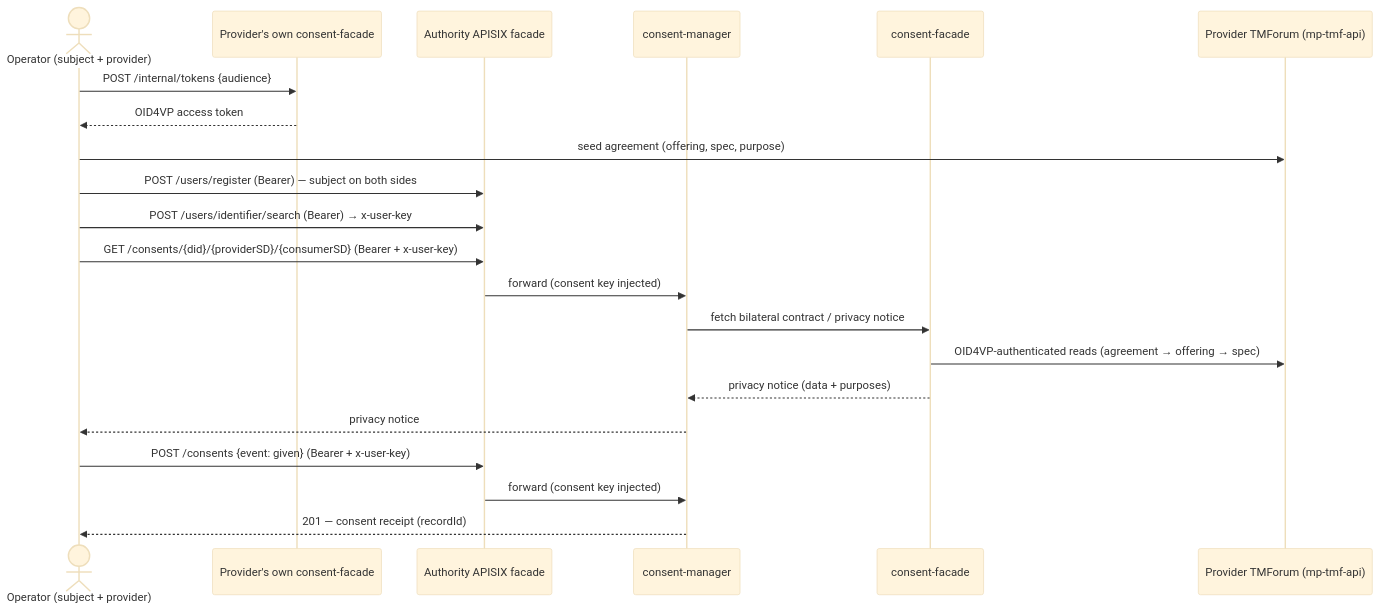
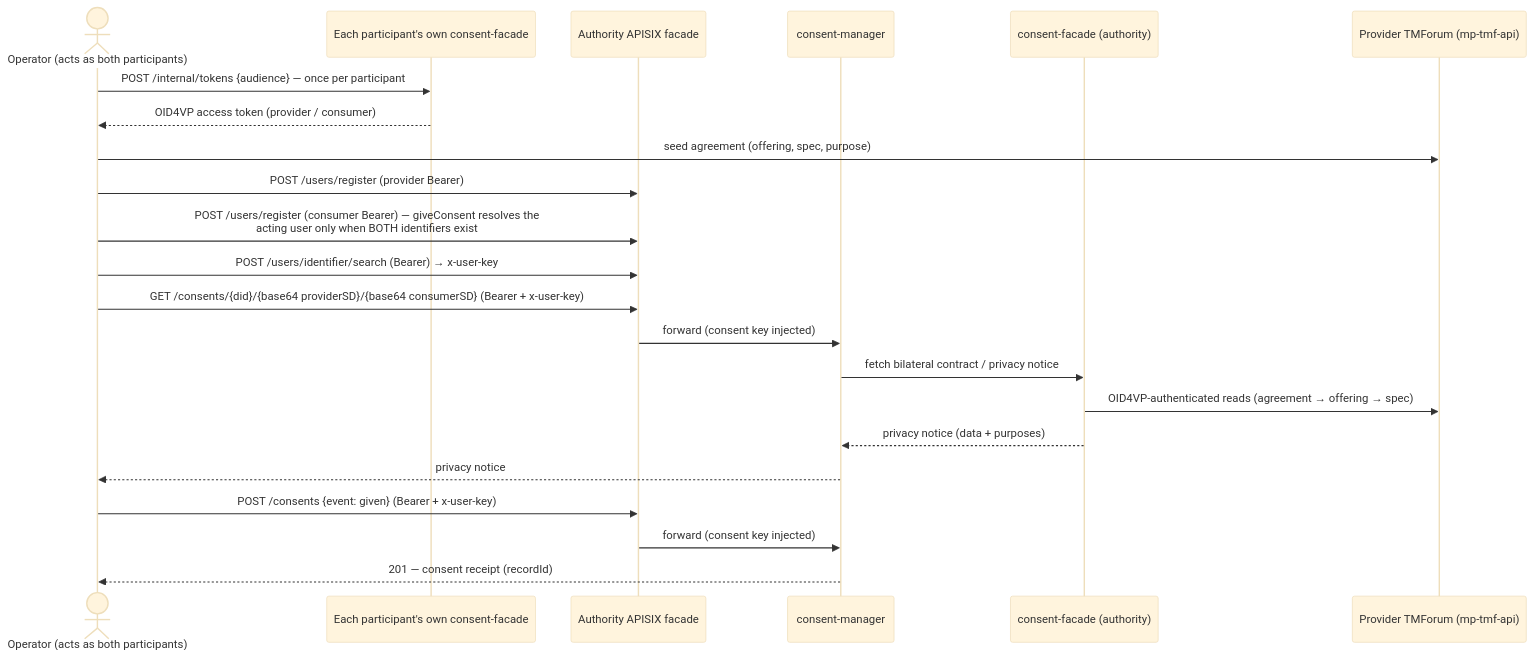
Before and after one commit to FIWARE/data-space-connector: the first of 4 diagrams in doc/CONSENT_MANAGEMENT.md, drawn with Mermaid (base theme). The commit also changed other lines of this file and 6 other files, not shown here.

````diff
--- a/doc/CONSENT_MANAGEMENT.md
+++ b/doc/CONSENT_MANAGEMENT.md
@@ -306,24 +217,25 @@
 ```mermaid
 sequenceDiagram
-  actor op as Operator (subject + provider)
-  participant own as Provider's own consent-facade
+  actor op as Operator (acts as both participants)
+  participant own as Each participant's own consent-facade
   participant fac as Authority APISIX facade
   participant cm as consent-manager
-  participant cf as consent-facade
+  participant cf as consent-facade (authority)
   participant tmf as Provider TMForum (mp-tmf-api)
 
-  op->>own: POST /internal/tokens {audience}
-  own-->>op: OID4VP access token
+  op->>own: POST /internal/tokens {audience} — once per participant
+  own-->>op: OID4VP access token (provider / consumer)
   op->>tmf: seed agreement (offering, spec, purpose)
-  op->>fac: POST /users/register (Bearer) — subject on both sides
+  op->>fac: POST /users/register (provider Bearer)
+  op->>fac: POST /users/register (consumer Bearer) — giveConsent resolves the<br/>acting user only when BOTH identifiers exist
   op->>fac: POST /users/identifier/search (Bearer) → x-user-key
-  op->>fac: GET /consents/{did}/{providerSD}/{consumerSD} (Bearer + x-user-key)
+  op->>fac: GET /consents/{did}/{base64 providerSD}/{base64 consumerSD} (Bearer + x-user-key)
   fac->>cm: forward (consent key injected)
   cm->>cf: fetch bilateral contract / privacy notice
   cf->>tmf: OID4VP-authenticated reads (agreement → offering → spec)
   cf-->>cm: privacy notice (data + purposes)
   cm-->>op: privacy notice
   op->>fac: POST /consents {event: given} (Bearer + x-user-key)
   fac->>cm: forward (consent key injected)
   cm-->>op: 201 — consent receipt (recordId)
 ```
````
